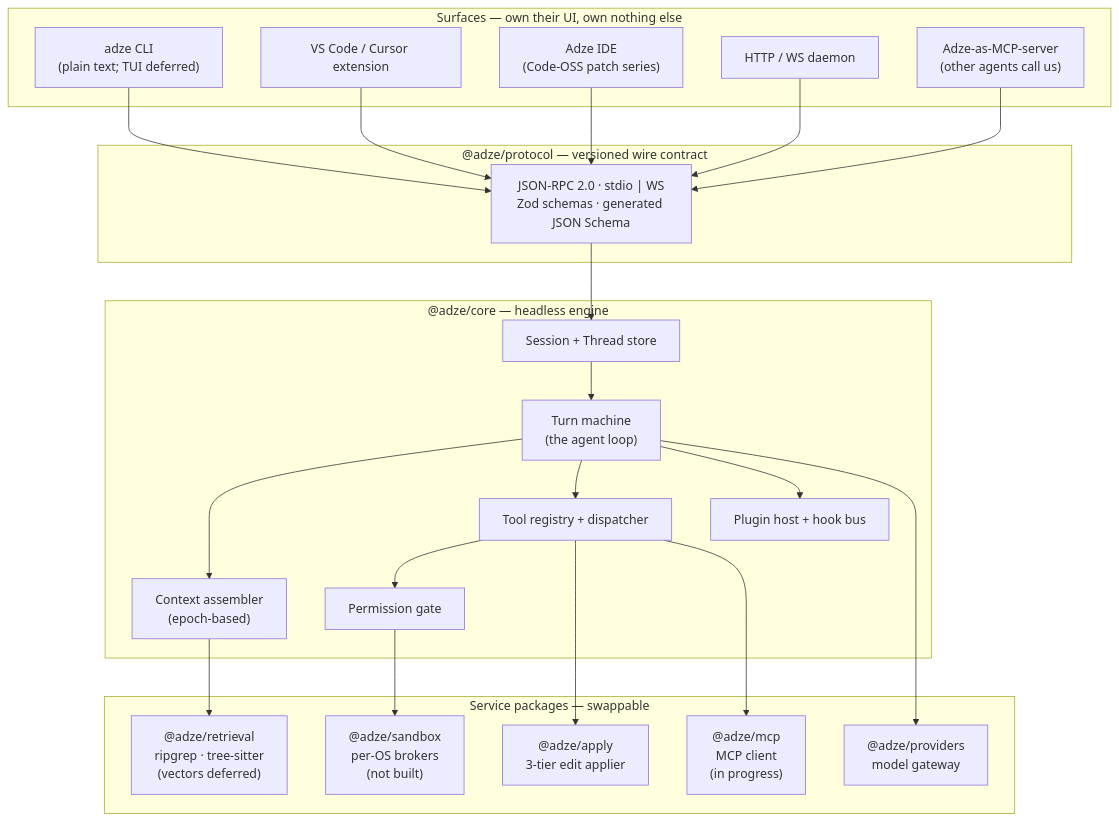
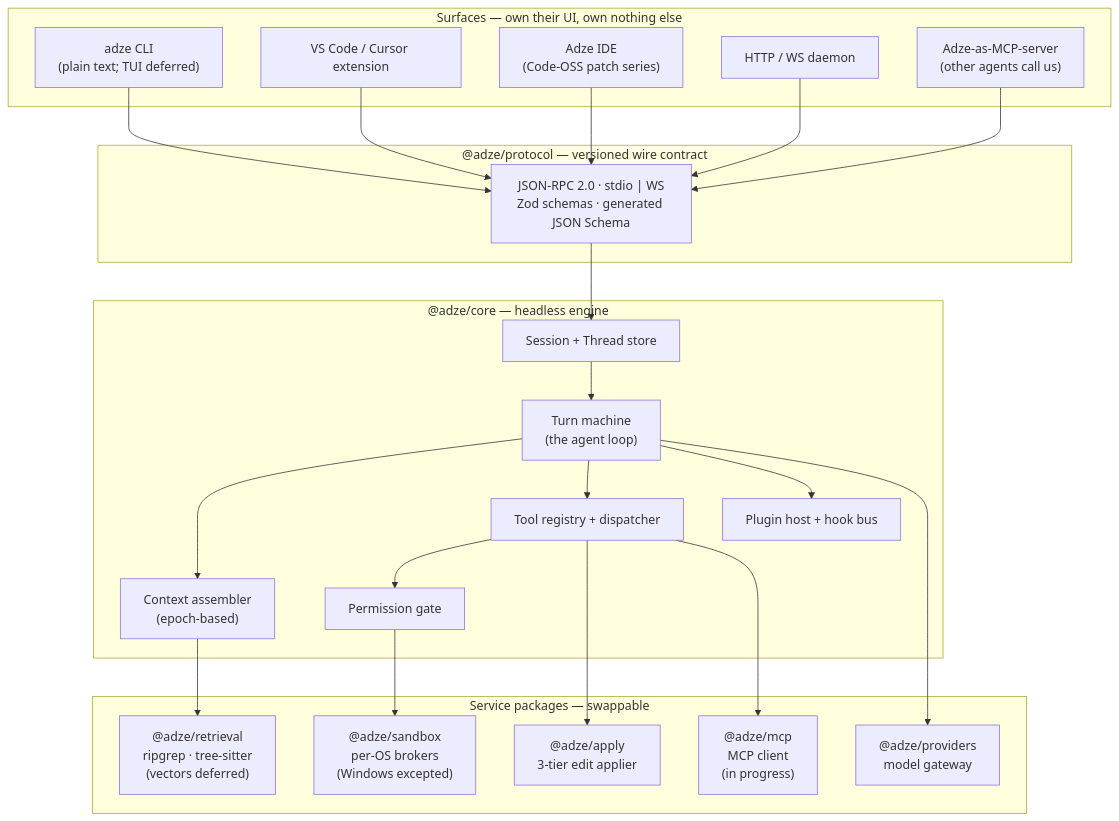
The first of 4 diagrams in docs/architecture/README.md (AyanB123/adze), drawn with Mermaid before and after one commit. The commit also changed other lines of this file and 2 other files, not shown here.

First line of the commit message:
docs(docs): correct the sandbox claim to the wired containment

````diff
--- a/docs/architecture/README.md
+++ b/docs/architecture/README.md
@@ -96,48 +96,48 @@
 ```mermaid
 graph TB
     subgraph S["Surfaces — own their UI, own nothing else"]
         CLI["adze CLI<br/>(plain text; TUI deferred)"]
         EXT["VS Code / Cursor extension"]
         IDE["Adze IDE<br/>(Code-OSS patch series)"]
         API["HTTP / WS daemon"]
         MCPS["Adze-as-MCP-server<br/>(other agents call us)"]
     end
 
     subgraph P["@adze/protocol — versioned wire contract"]
         WIRE["JSON-RPC 2.0 · stdio | WS<br/>Zod schemas · generated JSON Schema"]
     end
 
     subgraph E["@adze/core — headless engine"]
         SESS["Session + Thread store"]
         LOOP["Turn machine<br/>(the agent loop)"]
         TOOLS["Tool registry + dispatcher"]
         GATE["Permission gate"]
         CTX["Context assembler<br/>(epoch-based)"]
         PLUG["Plugin host + hook bus"]
     end
 
     subgraph SVC["Service packages — swappable"]
         PROV["@adze/providers<br/>model gateway"]
         APPLY["@adze/apply<br/>3-tier edit applier"]
         RETR["@adze/retrieval<br/>ripgrep · tree-sitter<br/>(vectors deferred)"]
-        SAND["@adze/sandbox<br/>per-OS brokers<br/>(not built)"]
+        SAND["@adze/sandbox<br/>per-OS brokers<br/>(Windows excepted)"]
         MCPC["@adze/mcp<br/>MCP client<br/>(in progress)"]
     end
 
     CLI --> WIRE
     EXT --> WIRE
     IDE --> WIRE
     API --> WIRE
     MCPS --> WIRE
     WIRE --> SESS
     SESS --> LOOP
     LOOP --> CTX
     LOOP --> TOOLS
     TOOLS --> GATE
     GATE --> SAND
     LOOP --> PLUG
     CTX --> RETR
     LOOP --> PROV
     TOOLS --> APPLY
     TOOLS --> MCPC
 ```
````
